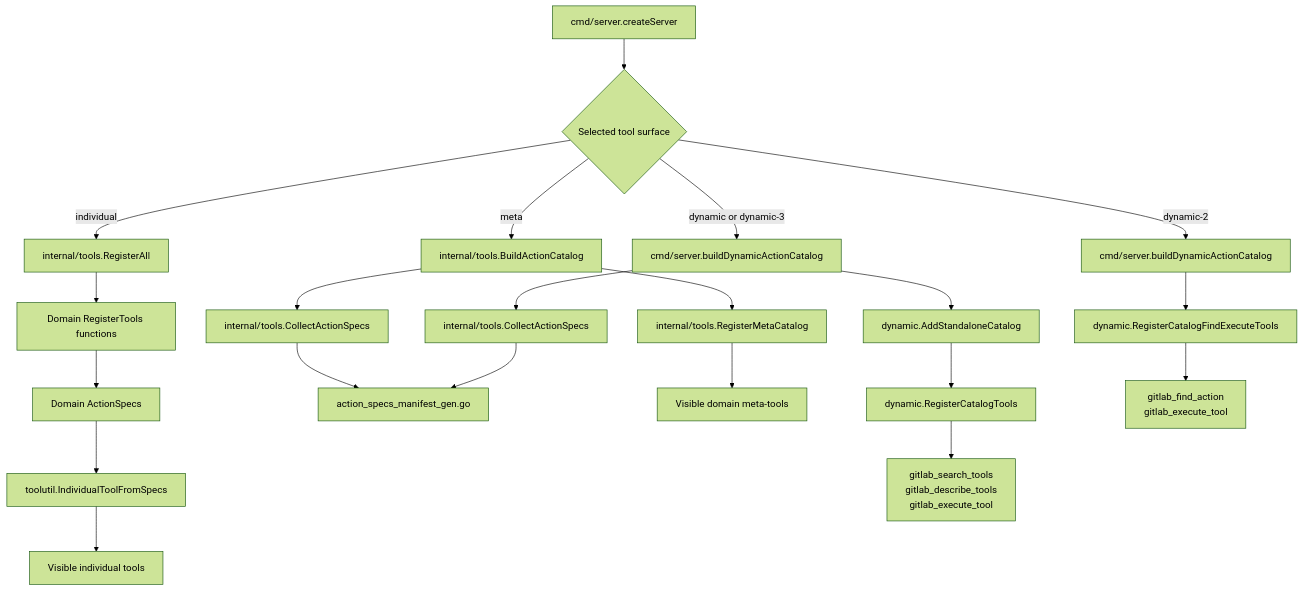
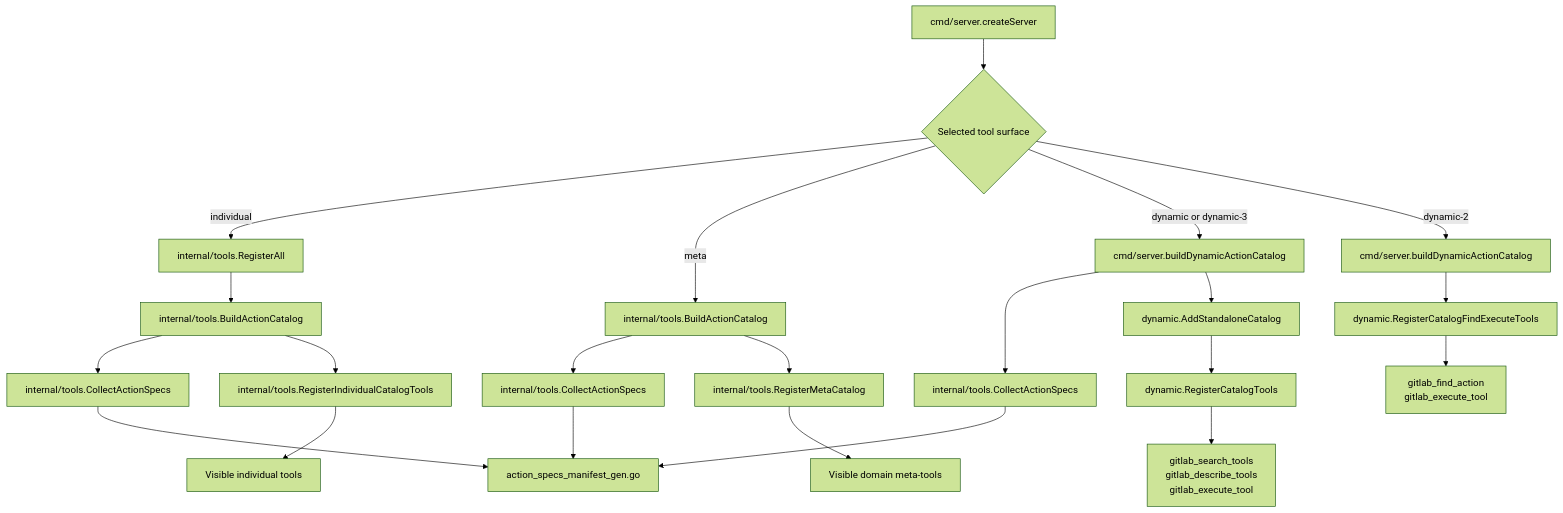
The second of 2 diagrams in docs/development/tool-surfaces-and-action-core.md (jmrplens/gitlab-mcp-server), drawn with Mermaid (forest theme) before and after one commit. The commit also changed other lines of this file and 7 other files, not shown here.

Commit message:
docs(catalog): align runtime architecture docs

````diff
--- a/docs/development/tool-surfaces-and-action-core.md
+++ b/docs/development/tool-surfaces-and-action-core.md
@@ -130,30 +130,31 @@
 ```mermaid
 flowchart TD
     server[cmd/server.createServer]
     selector{Selected tool surface}
 
     server --> selector
 
     selector -->|individual| registerAll[internal/tools.RegisterAll]
-    registerAll --> domainTools[Domain RegisterTools functions]
-    domainTools --> individualSpecs[Domain ActionSpecs]
-    individualSpecs --> individualProjection[toolutil.IndividualToolFromSpecs]
+    registerAll --> buildIndividual[internal/tools.BuildActionCatalog]
+    buildIndividual --> collectIndividualSpecs[internal/tools.CollectActionSpecs]
+    collectIndividualSpecs --> generatedManifest
+    buildIndividual --> individualProjection[internal/tools.RegisterIndividualCatalogTools]
     individualProjection --> visibleIndividual[Visible individual tools]
 
     selector -->|meta| buildMeta[internal/tools.BuildActionCatalog]
     buildMeta --> collectSpecs[internal/tools.CollectActionSpecs]
     collectSpecs --> generatedManifest[action_specs_manifest_gen.go]
     buildMeta --> registerMeta[internal/tools.RegisterMetaCatalog]
     registerMeta --> metaTools[Visible domain meta-tools]
 
     selector -->|dynamic or dynamic-3| buildDynamic[cmd/server.buildDynamicActionCatalog]
     buildDynamic --> collectDynamicSpecs[internal/tools.CollectActionSpecs]
     collectDynamicSpecs --> generatedManifest
     buildDynamic --> standalone[dynamic.AddStandaloneCatalog]
     standalone --> dynamic3[dynamic.RegisterCatalogTools]
     dynamic3 --> threeTools[gitlab_search_tools\ngitlab_describe_tools\ngitlab_execute_tool]
 
     selector -->|dynamic-2| buildDynamic2[cmd/server.buildDynamicActionCatalog]
     buildDynamic2 --> dynamic2[dynamic.RegisterCatalogFindExecuteTools]
     dynamic2 --> twoTools[gitlab_find_action\ngitlab_execute_tool]
 ```
````
